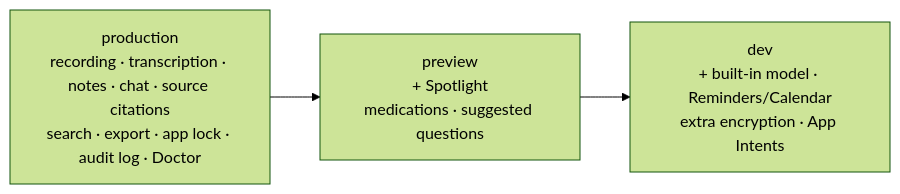
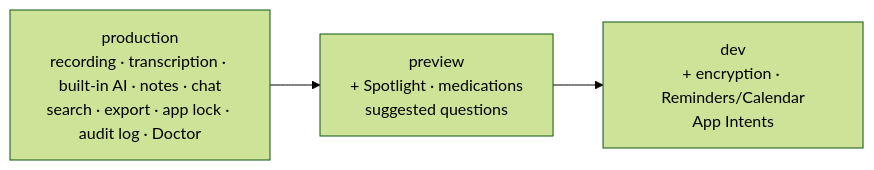
The second of 3 diagrams in README.md (mgwedd/aletheia), drawn with Mermaid (forest theme) before and after one commit. The commit also changed other lines of this file and 1 other file, not shown here.

````diff
--- a/README.md
+++ b/README.md
@@ -169,7 +82,7 @@
 ```mermaid
 flowchart LR
-  P["production<br/>recording · transcription · notes · chat · source citations<br/>search · export · app lock · audit log · Doctor"]
-  V["preview<br/>+ Spotlight<br/>medications · suggested questions"]
-  D["dev<br/>+ built-in model · Reminders/Calendar<br/>extra encryption · App Intents"]
+  P["production<br/>recording · transcription · built-in AI · notes · chat<br/>search · export · app lock · audit log · Doctor"]
+  V["preview<br/>+ Spotlight · medications<br/>suggested questions"]
+  D["dev<br/>+ encryption · Reminders/Calendar<br/>App Intents"]
   P --> V --> D
 ```
````
